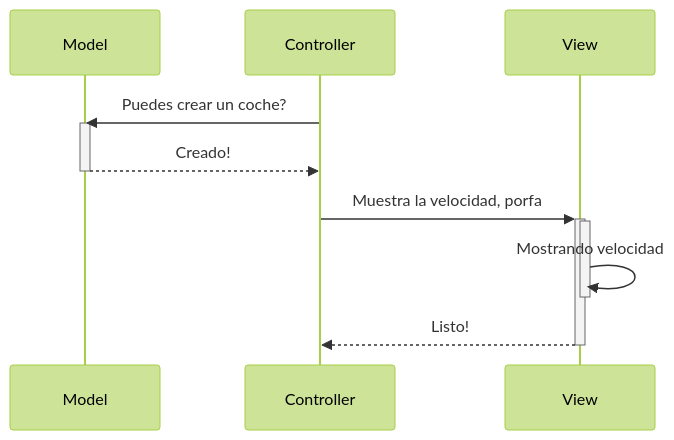
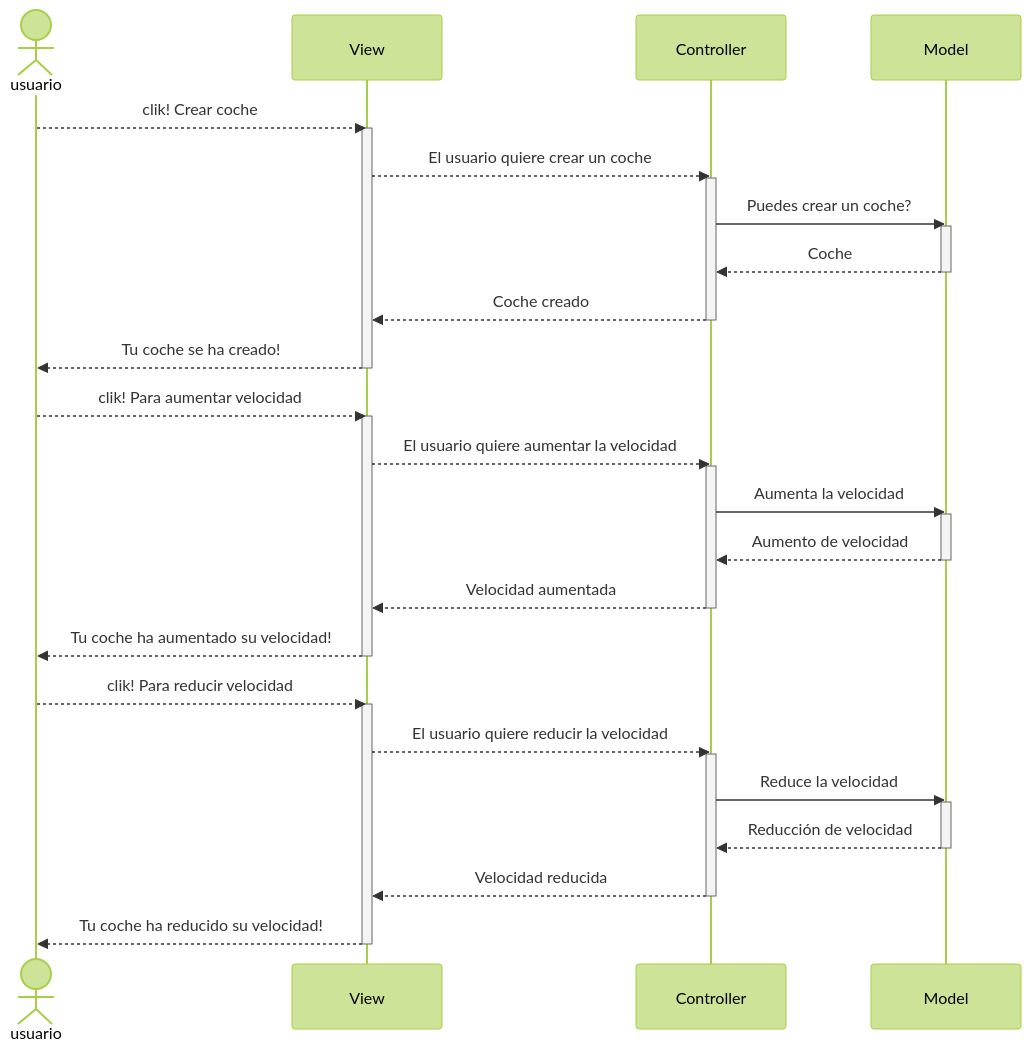
One commit to damiancastelao/MVC_coches_solucion changed the second of 3 diagrams in Readme.md. Above: the diagram before and after it, drawn with Mermaid (forest theme). The commit also changed other lines of this file, not shown here.

````diff
--- a/Readme.md
+++ b/Readme.md
@@ -41,15 +52,46 @@
 ```mermaid
 sequenceDiagram
+    actor usuario
+   participant View
+    participant Controller
     participant Model
-    participant Controller
-    participant View
+    
+    usuario-->>View: clik! Crear coche
+    activate View
+    View-->>Controller: El usuario quiere crear un coche
+    activate Controller
     Controller->>Model: Puedes crear un coche?
     activate Model
-    Model-->>Controller: Creado!
+    Model-->>Controller: Coche
     deactivate Model
-    Controller->>+View: Muestra la velocidad, porfa
+    Controller-->>View: Coche creado
+    deactivate Controller
+    View-->>usuario: Tu coche se ha creado!
+    deactivate View
+    
+    usuario-->>View: clik! Para aumentar velocidad
     activate View
-    View->>-View: Mostrando velocidad
-    View-->>Controller: Listo!
+    View-->>Controller: El usuario quiere aumentar la velocidad
+    activate Controller
+    Controller->>Model: Aumenta la velocidad
+    activate Model
+    Model-->>Controller: Aumento de velocidad
+    deactivate Model
+    Controller-->>View: Velocidad aumentada
+    deactivate Controller
+    View-->>usuario: Tu coche ha aumentado su velocidad!
+    deactivate View
+    
+    usuario-->>View: clik! Para reducir velocidad
+    activate View
+    View-->>Controller: El usuario quiere reducir la velocidad
+    activate Controller
+    Controller->>Model: Reduce la velocidad
+    activate Model
+    Model-->>Controller: Reducción de velocidad
+    deactivate Model
+    Controller-->>View: Velocidad reducida
+    deactivate Controller
+    View-->>usuario: Tu coche ha reducido su velocidad!
     deactivate View
 ```
````
